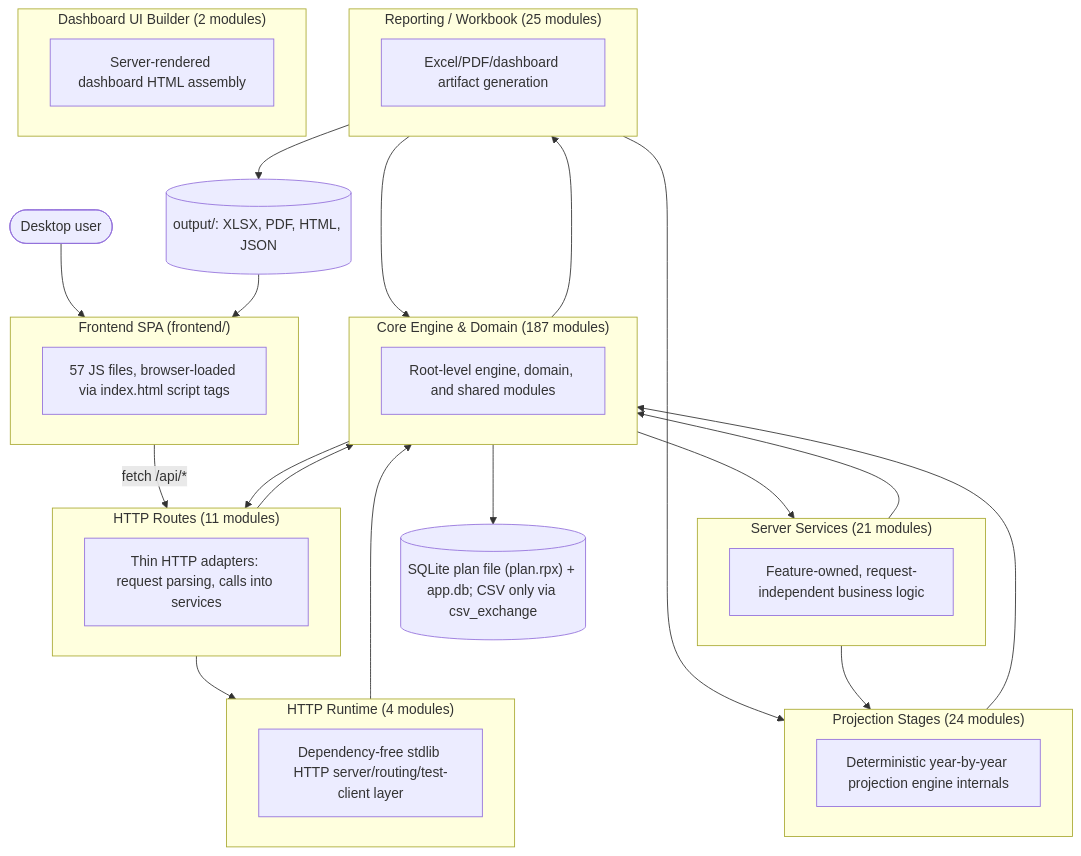
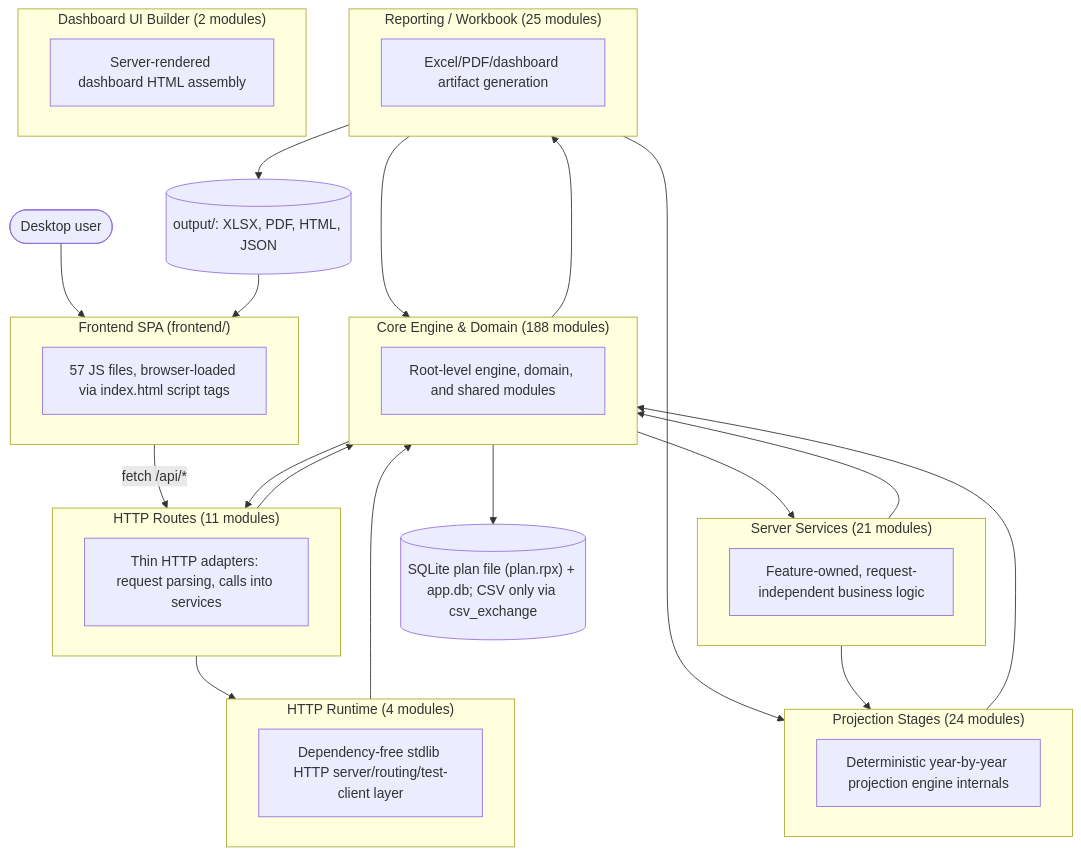
Before and after one commit to matthartzman/retirement_system: the first of 2 diagrams in documentation/reference/SYSTEM_ARCHITECTURE_DIAGRAM.md, drawn with Mermaid. The commit also changed other lines of this file and 2 other files, not shown here.

````diff
--- a/documentation/reference/SYSTEM_ARCHITECTURE_DIAGRAM.md
+++ b/documentation/reference/SYSTEM_ARCHITECTURE_DIAGRAM.md
@@ -11,43 +11,43 @@
 ```mermaid
 flowchart TB
     User(["Desktop user"]) --> FE
     subgraph FE["Frontend SPA (frontend/)"]
         FEcount["57 JS files, browser-loaded via index.html script tags"]
     end
     FE -->|fetch /api/*| L_HTTP_Routes
     subgraph L_HTTP_Routes["HTTP Routes (11 modules)"]
         L_HTTP_Routes_d["Thin HTTP adapters: request parsing, calls into services"]
     end
     subgraph L_Server_Services["Server Services (21 modules)"]
         L_Server_Services_d["Feature-owned, request-independent business logic"]
     end
     subgraph L_HTTP_Runtime["HTTP Runtime (4 modules)"]
         L_HTTP_Runtime_d["Dependency-free stdlib HTTP server/routing/test-client layer"]
     end
-    subgraph L_Core_Engine___Domain["Core Engine & Domain (187 modules)"]
+    subgraph L_Core_Engine___Domain["Core Engine & Domain (188 modules)"]
         L_Core_Engine___Domain_d["Root-level engine, domain, and shared modules"]
     end
     subgraph L_Projection_Stages["Projection Stages (24 modules)"]
         L_Projection_Stages_d["Deterministic year-by-year projection engine internals"]
     end
     subgraph L_Reporting___Workbook["Reporting / Workbook (25 modules)"]
         L_Reporting___Workbook_d["Excel/PDF/dashboard artifact generation"]
     end
     subgraph L_Dashboard_UI_Builder["Dashboard UI Builder (2 modules)"]
         L_Dashboard_UI_Builder_d["Server-rendered dashboard HTML assembly"]
     end
     L_Core_Engine___Domain --> L_HTTP_Routes
     L_Core_Engine___Domain --> L_Reporting___Workbook
     L_Core_Engine___Domain --> L_Server_Services
     L_HTTP_Routes --> L_Core_Engine___Domain
     L_HTTP_Routes --> L_HTTP_Runtime
     L_HTTP_Runtime --> L_Core_Engine___Domain
     L_Projection_Stages --> L_Core_Engine___Domain
     L_Reporting___Workbook --> L_Core_Engine___Domain
     L_Reporting___Workbook --> L_Projection_Stages
     L_Server_Services --> L_Core_Engine___Domain
     L_Server_Services --> L_Projection_Stages
     L_Core_Engine___Domain --> DB[("SQLite plan file (plan.rpx) + app.db; CSV only via csv_exchange")]
     L_Reporting___Workbook --> Outputs[("output/: XLSX, PDF, HTML, JSON")]
     Outputs --> FE
 ```
````
